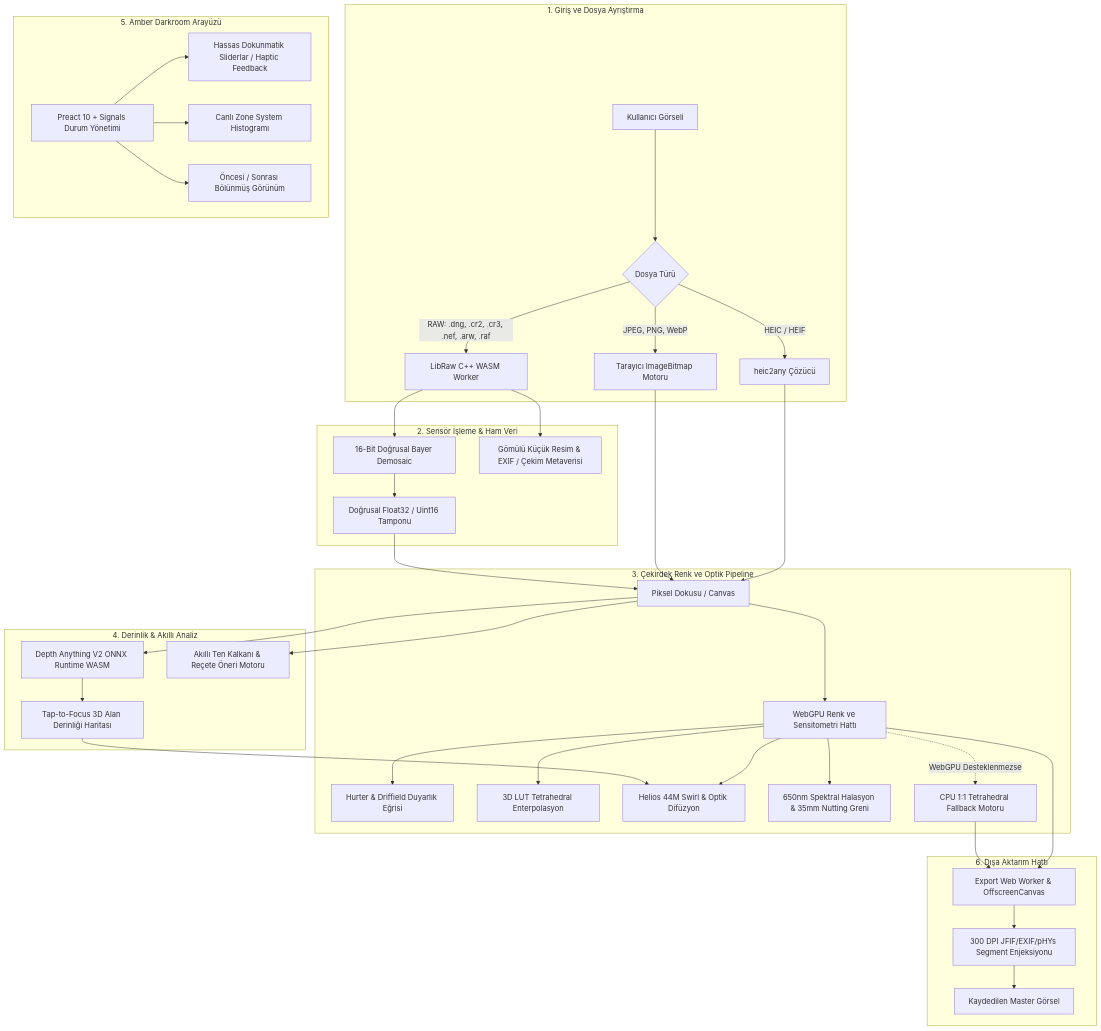
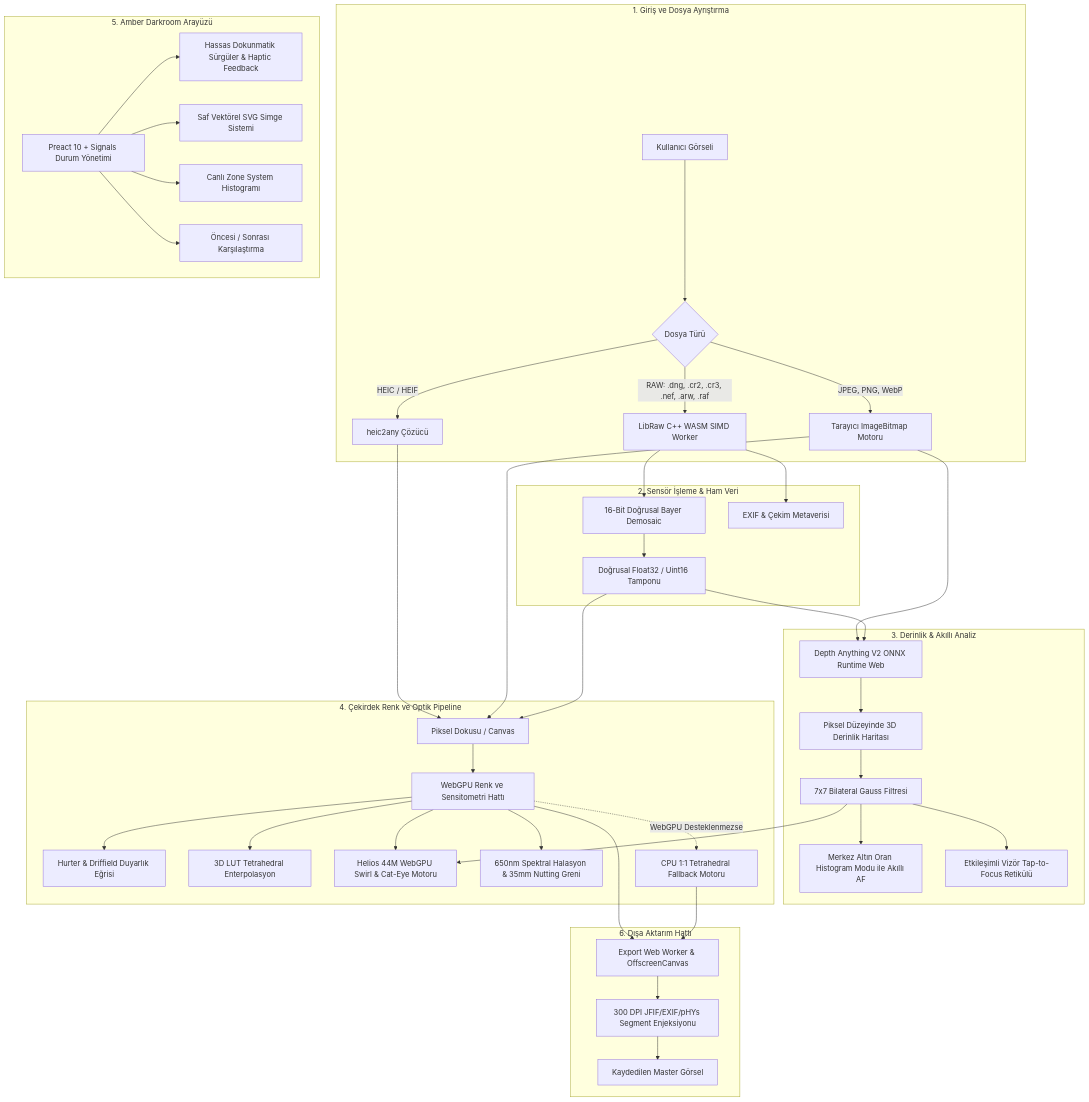
One commit to VelliDR/karanlik-oda changed the diagram in README.md. Above: the diagram before and after it, drawn with Mermaid. The commit also changed other lines of this file and 2 other files, not shown here.

Commit message:
docs: modernize architecture README with minimal emojis, complete tech stack, and third-party license attributions

````diff
--- a/README.md
+++ b/README.md
@@ -13,48 +13,52 @@
 ```mermaid
 flowchart TD
     subgraph Input ["1. Giriş ve Dosya Ayrıştırma"]
         A[Kullanıcı Görseli] --> B{Dosya Türü}
-        B -->|RAW: .dng, .cr2, .cr3, .nef, .arw, .raf| C[LibRaw C++ WASM Worker]
+        B -->|RAW: .dng, .cr2, .cr3, .nef, .arw, .raf| C[LibRaw C++ WASM SIMD Worker]
         B -->|HEIC / HEIF| D[heic2any Çözücü]
         B -->|JPEG, PNG, WebP| E[Tarayıcı ImageBitmap Motoru]
     end
 
     subgraph Demosaic ["2. Sensör İşleme & Ham Veri"]
         C --> F[16-Bit Doğrusal Bayer Demosaic]
-        C --> G[Gömülü Küçük Resim & EXIF / Çekim Metaverisi]
+        C --> G[EXIF & Çekim Metaverisi]
         F --> H[Doğrusal Float32 / Uint16 Tamponu]
     end
 
-    subgraph CoreEngine ["3. Çekirdek Renk ve Optik Pipeline"]
+    subgraph DepthEngine ["3. Derinlik & Akıllı Analiz"]
+        E --> P[Depth Anything V2 ONNX Runtime Web]
+        H --> P
+        P --> Q[Piksel Düzeyinde 3D Derinlik Haritası]
+        Q --> Q1[7x7 Bilateral Gauss Filtresi]
+        Q1 --> Q2[Merkez Altın Oran Histogram Modu ile Akıllı AF]
+        Q1 --> Q3[Etkileşimli Vizör Tap-to-Focus Retikülü]
+    end
+
+    subgraph CoreEngine ["4. Çekirdek Renk ve Optik Pipeline"]
         D --> I[Piksel Dokusu / Canvas]
         E --> I
         H --> I
         I --> J[WebGPU Renk ve Sensitometri Hattı]
         J --> K[Hurter & Driffield Duyarlık Eğrisi]
         J --> L[3D LUT Tetrahedral Enterpolasyon]
-        J --> M[Helios 44M Swirl & Optik Difüzyon]
+        J --> M[Helios 44M WebGPU Swirl & Cat-Eye Motoru]
+        Q1 --> M
         J --> N[650nm Spektral Halasyon & 35mm Nutting Greni]
         J -.->|WebGPU Desteklenmezse| O[CPU 1:1 Tetrahedral Fallback Motoru]
     end
 
-    subgraph AI ["4. Derinlik & Akıllı Analiz"]
-        I --> P[Depth Anything V2 ONNX Runtime WASM]
-        P --> Q[Tap-to-Focus 3D Alan Derinliği Haritası]
-        Q --> M
-        I --> R[Akıllı Ten Kalkanı & Reçete Öneri Motoru]
-    end
-
     subgraph UI ["5. Amber Darkroom Arayüzü"]
         S[Preact 10 + Signals Durum Yönetimi]
-        S --> T[Hassas Dokunmatik Sliderlar / Haptic Feedback]
-        S --> U[Canlı Zone System Histogramı]
-        S --> V[Öncesi / Sonrası Bölünmüş Görünüm]
+        S --> T[Hassas Dokunmatik Sürgüler & Haptic Feedback]
+        S --> U[Saf Vektörel SVG Simge Sistemi]
+        S --> V[Canlı Zone System Histogramı]
+        S --> W[Öncesi / Sonrası Karşılaştırma]
     end
 
     subgraph Export ["6. Dışa Aktarım Hattı"]
-        J --> W[Export Web Worker & OffscreenCanvas]
-        O --> W
-        W --> X[300 DPI JFIF/EXIF/pHYs Segment Enjeksiyonu]
-        X --> Y[Kaydedilen Master Görsel]
+        J --> X[Export Web Worker & OffscreenCanvas]
+        O --> X
+        X --> Y[300 DPI JFIF/EXIF/pHYs Segment Enjeksiyonu]
+        Y --> Z[Kaydedilen Master Görsel]
     end
 ```
````
